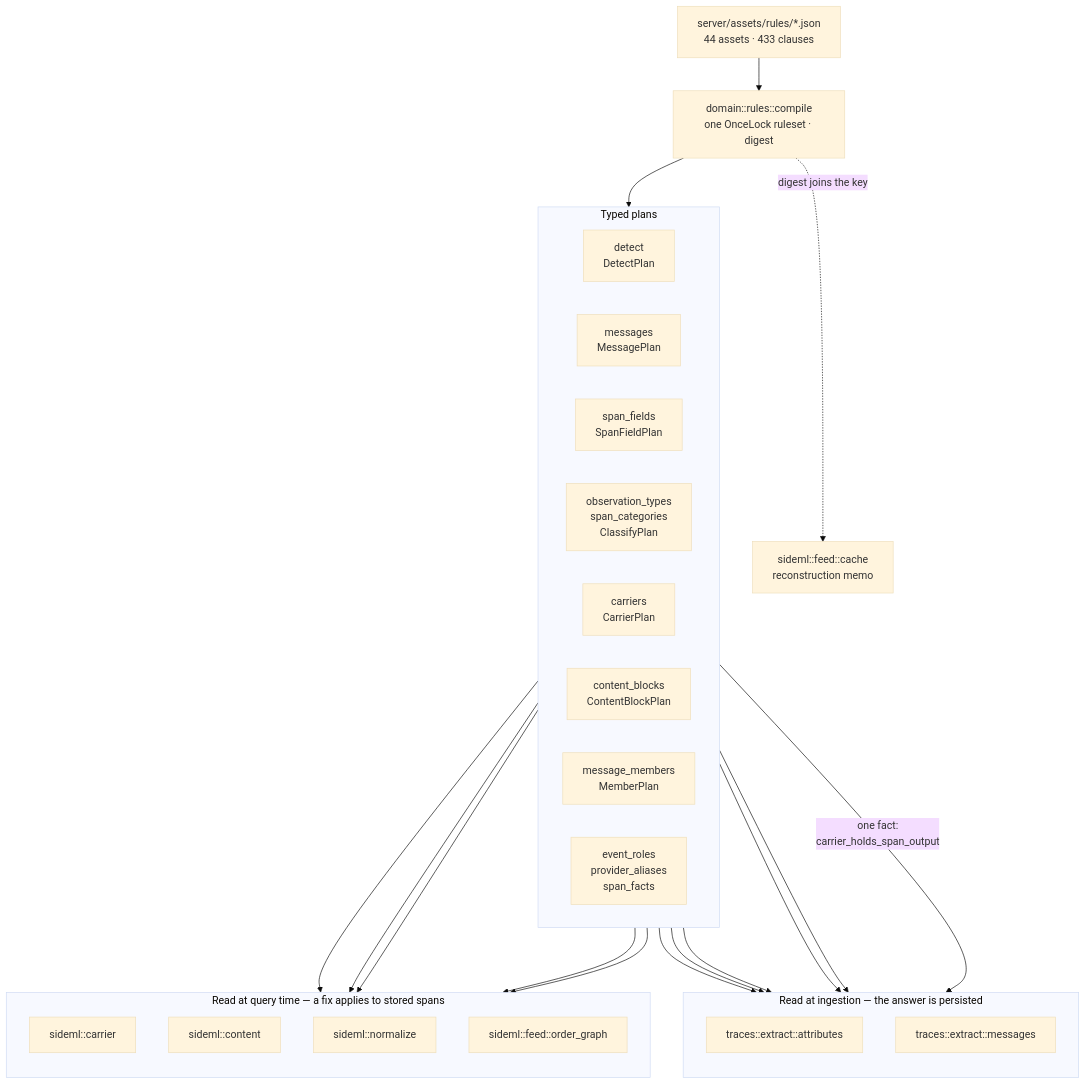
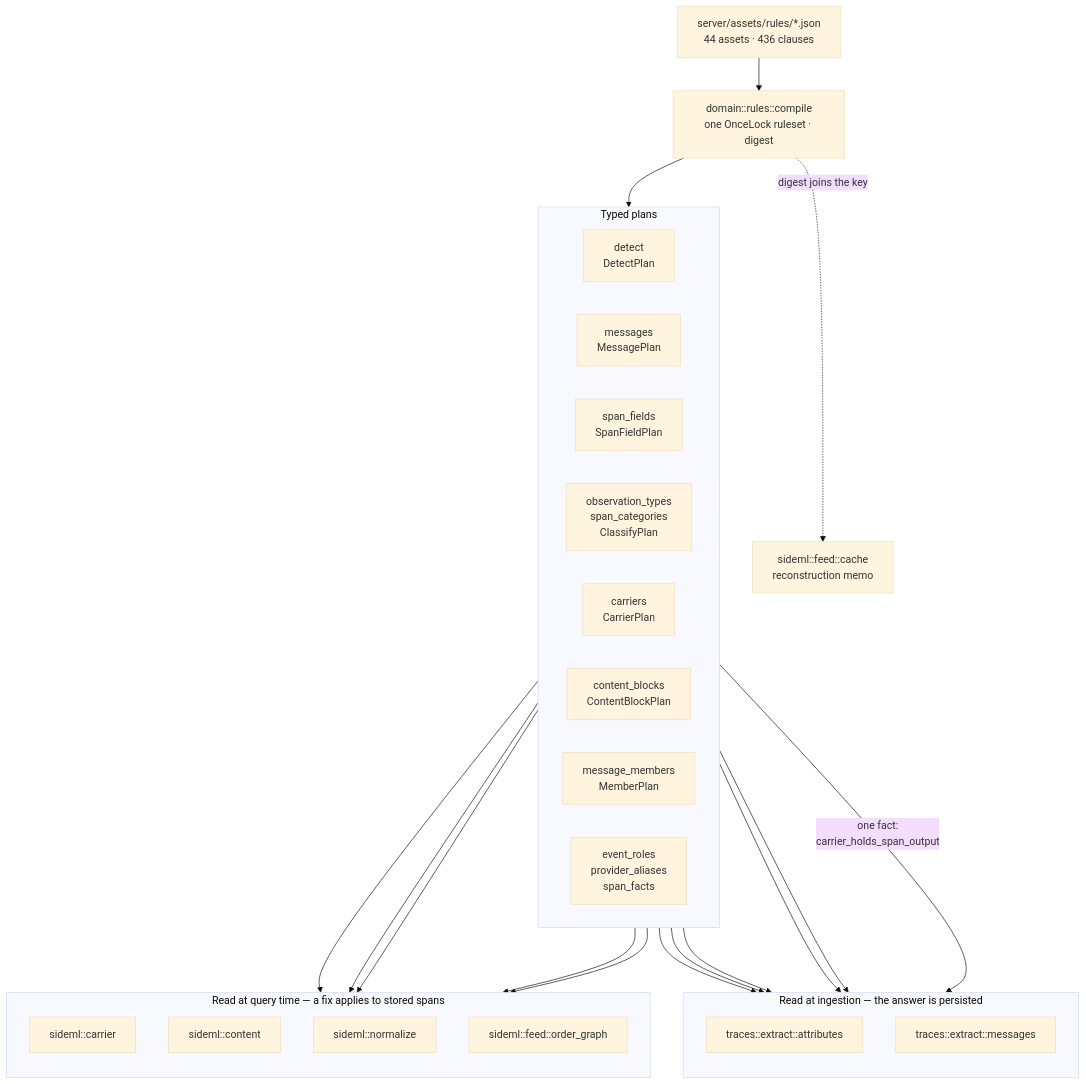
The first of 7 diagrams in docs/engineering/architecture-diagrams.md (sideseat/sideseat), drawn with Mermaid (base theme) before and after one commit. The commit also changed 1 other file, not shown here.

Commit message:
docs(rules): update asset clause count

````diff
--- a/docs/engineering/architecture-diagrams.md
+++ b/docs/engineering/architecture-diagrams.md
@@ -18,47 +18,47 @@
 ```mermaid
 flowchart TB
-    assets["server/assets/rules/*.json<br/>44 assets · 433 clauses"]
+    assets["server/assets/rules/*.json<br/>44 assets · 436 clauses"]
     compile["domain::rules::compile<br/>one OnceLock ruleset · digest"]
     assets --> compile
 
     subgraph plans["Typed plans"]
         direction LR
         detect["detect<br/>DetectPlan"]
         messages["messages<br/>MessagePlan"]
         fields["span_fields<br/>SpanFieldPlan"]
         classify["observation_types<br/>span_categories<br/>ClassifyPlan"]
         carriers["carriers<br/>CarrierPlan"]
         blocks["content_blocks<br/>ContentBlockPlan"]
         members["message_members<br/>MemberPlan"]
         roles["event_roles<br/>provider_aliases<br/>span_facts"]
     end
     compile --> plans
 
     subgraph ingest["Read at ingestion — the answer is persisted"]
         direction TB
         attrs["traces::extract::attributes"]
         msgs["traces::extract::messages"]
     end
 
     subgraph query["Read at query time — a fix applies to stored spans"]
         direction TB
         carrier["sideml::carrier"]
         content["sideml::content"]
         normalize["sideml::normalize"]
         order["sideml::feed::order_graph"]
     end
 
     detect --> attrs
     fields --> attrs
     classify --> attrs
     roles --> attrs
     messages --> msgs
     carriers -->|"one fact:<br/>carrier_holds_span_output"| msgs
     carriers --> carrier
     carriers --> order
     blocks --> content
     members --> content
     roles --> normalize
 
     compile -. "digest joins the key" .-> cache["sideml::feed::cache<br/>reconstruction memo"]
 ```
````
